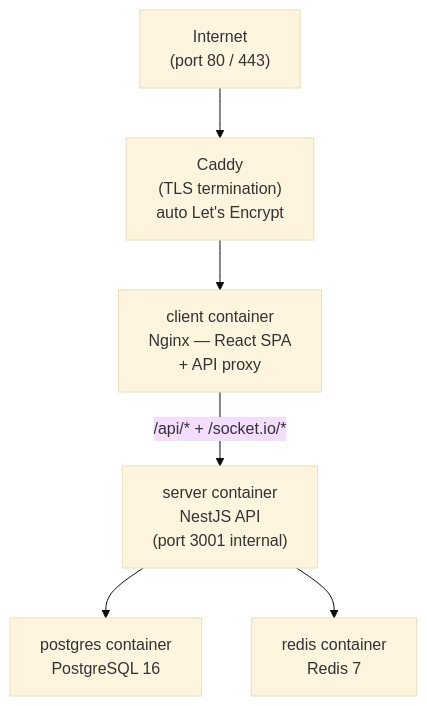
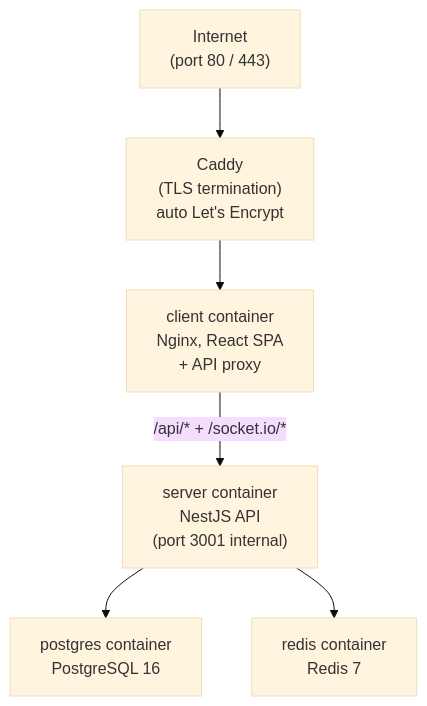
Before and after one commit to mateuseap/chesskernel: the diagram in docs/deployment/setup.md, drawn with Mermaid (base theme). The commit also changed other lines of this file and 17 other files, not shown here.

````diff
--- a/docs/deployment/setup.md
+++ b/docs/deployment/setup.md
@@ -5,15 +5,15 @@
 ```mermaid
 graph TD
     Internet["Internet\n(port 80 / 443)"]
     Caddy["Caddy\n(TLS termination)\nauto Let's Encrypt"]
-    Client["client container\nNginx — React SPA\n+ API proxy"]
+    Client["client container\nNginx, React SPA\n+ API proxy"]
     Server["server container\nNestJS API\n(port 3001 internal)"]
     PG["postgres container\nPostgreSQL 16"]
     Redis["redis container\nRedis 7"]
 
     Internet --> Caddy
     Caddy --> Client
     Client -- "/api/* + /socket.io/*" --> Server
     Server --> PG
     Server --> Redis
 ```
````
